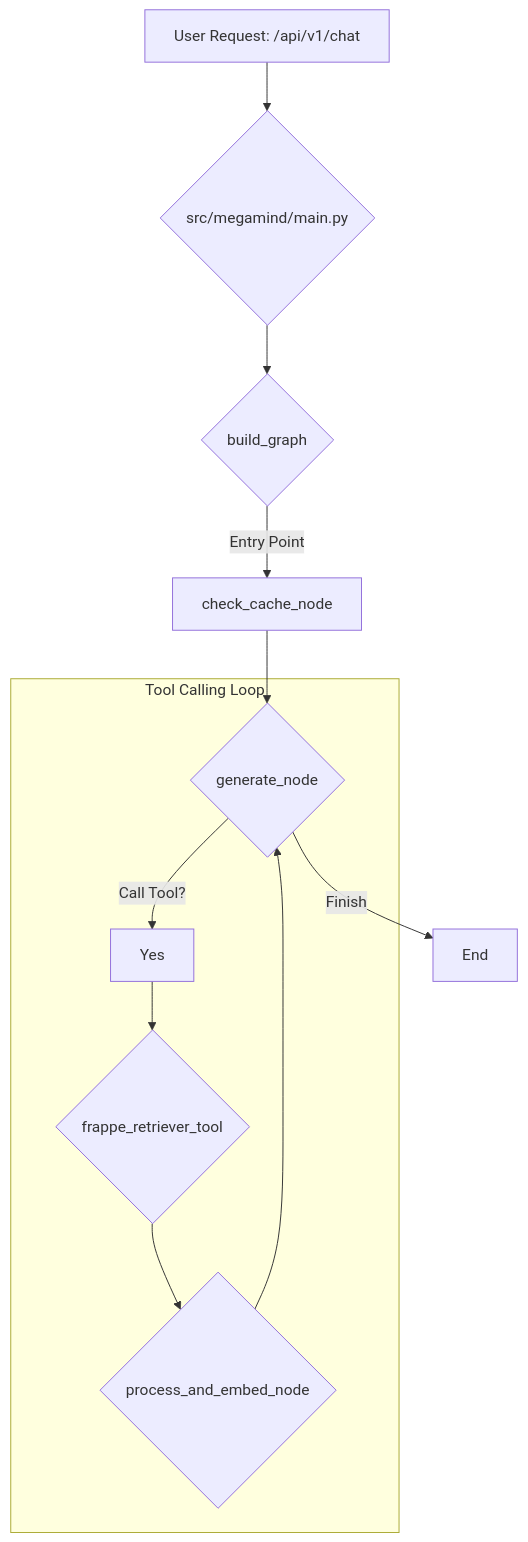
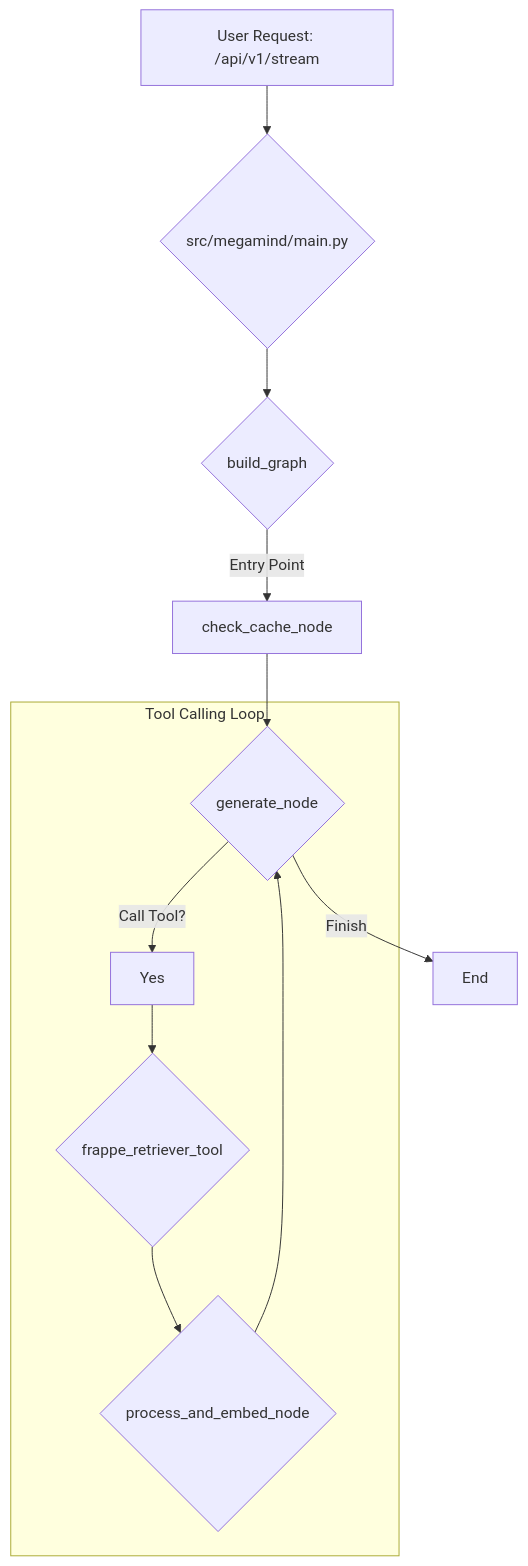
Before and after one commit to belee-aim/megamind: the diagram in CODEBASE_OVERVIEW.md, drawn with Mermaid. The commit also changed other lines of this file and 11 other files, not shown here.

````diff
--- a/CODEBASE_OVERVIEW.md
+++ b/CODEBASE_OVERVIEW.md
@@ -68,14 +71,14 @@
 ```mermaid
 graph TD
-    A[User Request: /api/v1/chat] --> B{src/megamind/main.py};
+    A[User Request: /api/v1/stream] --> B{src/megamind/main.py};
     B --> C{build_graph};
     C -- Entry Point --> D[check_cache_node];
     D --> E{generate_node};
     subgraph "Tool Calling Loop"
         E -- Call Tool? --> F[Yes];
         F --> G{frappe_retriever_tool};
         G --> H{process_and_embed_node};
         H --> E;
     end
     E -- Finish --> I[End];
 ```
````
